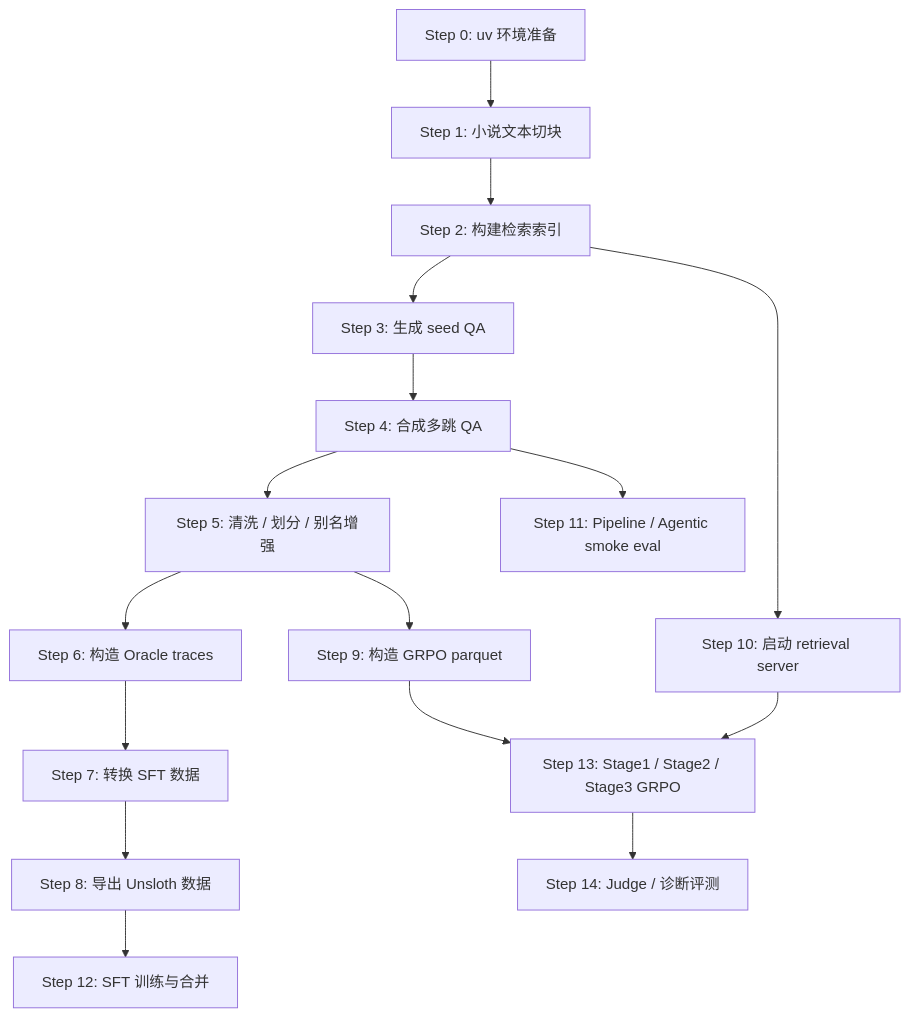
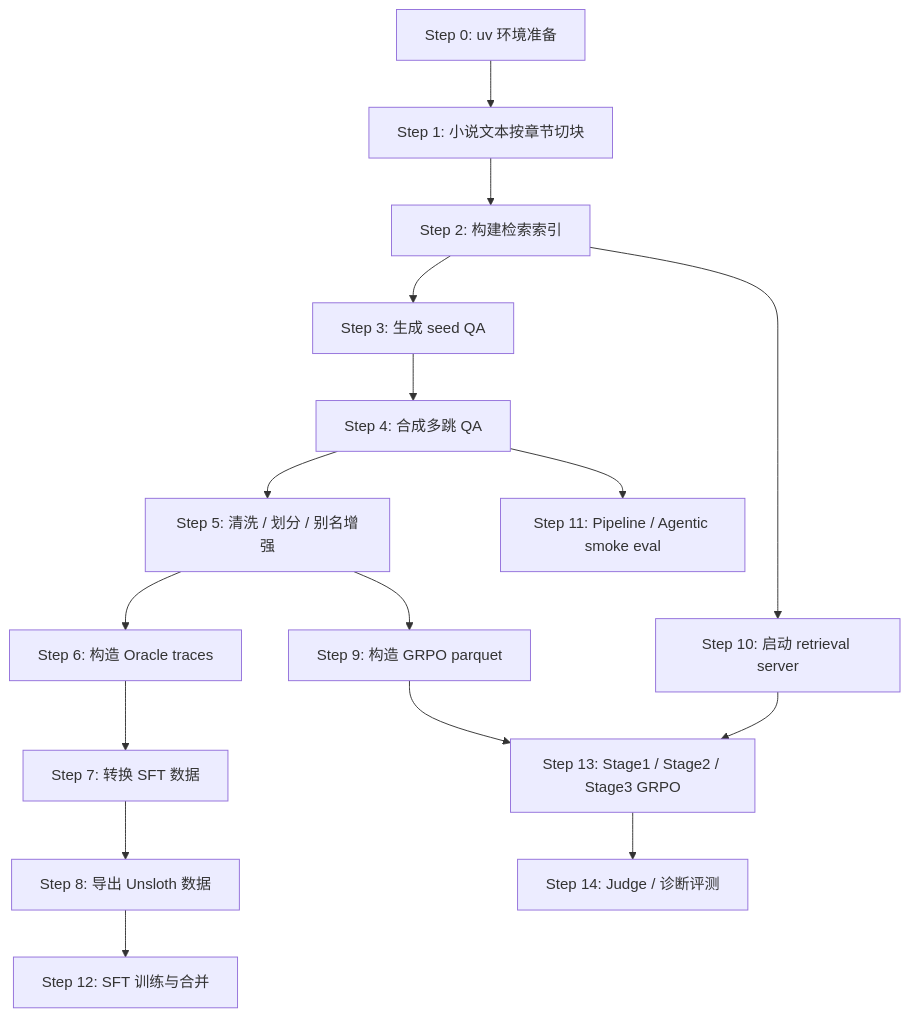
The first of 16 diagrams in demo/README.md (Lafinger/AgenticRAG-RL), drawn with Mermaid before and after one commit. The commit also changed other lines of this file and 5 other files, not shown here.

````diff
--- a/demo/README.md
+++ b/demo/README.md
@@ -38,18 +38,18 @@
 ```mermaid
 flowchart TD
-    A["Step 0: uv 环境准备"] --> B["Step 1: 小说文本切块"]
+    A["Step 0: uv 环境准备"] --> B["Step 1: 小说文本按章节切块"]
     B --> C["Step 2: 构建检索索引"]
     C --> D["Step 3: 生成 seed QA"]
     D --> E["Step 4: 合成多跳 QA"]
     E --> F["Step 5: 清洗 / 划分 / 别名增强"]
     F --> G["Step 6: 构造 Oracle traces"]
     G --> H["Step 7: 转换 SFT 数据"]
     H --> I["Step 8: 导出 Unsloth 数据"]
     F --> J["Step 9: 构造 GRPO parquet"]
     C --> K["Step 10: 启动 retrieval server"]
     E --> L["Step 11: Pipeline / Agentic smoke eval"]
     I --> M["Step 12: SFT 训练与合并"]
     J --> N["Step 13: Stage1 / Stage2 / Stage3 GRPO"]
     K --> N
     N --> O["Step 14: Judge / 诊断评测"]
 ```
````
